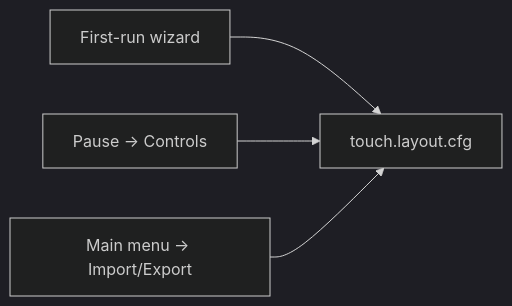
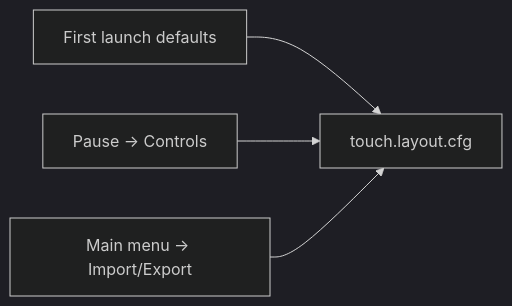
The second of 2 diagrams in docs/CONTROLS.md (dixonSolutions/Xonotic-Touch), drawn with Mermaid (dark theme) before and after one commit. The commit also changed other lines of this file and 11 other files, not shown here.

First line of the commit message:
Take the standard touch controls on first launch without a setup popup

````diff
--- a/docs/CONTROLS.md
+++ b/docs/CONTROLS.md
@@ -621,6 +621,6 @@
 ```mermaid
 flowchart LR
-  W[First-run wizard] --> S[touch.layout.cfg]
+  W[First launch defaults] --> S[touch.layout.cfg]
   P[Pause → Controls] --> S
   M[Main menu → Import/Export] --> S
 ```
````
